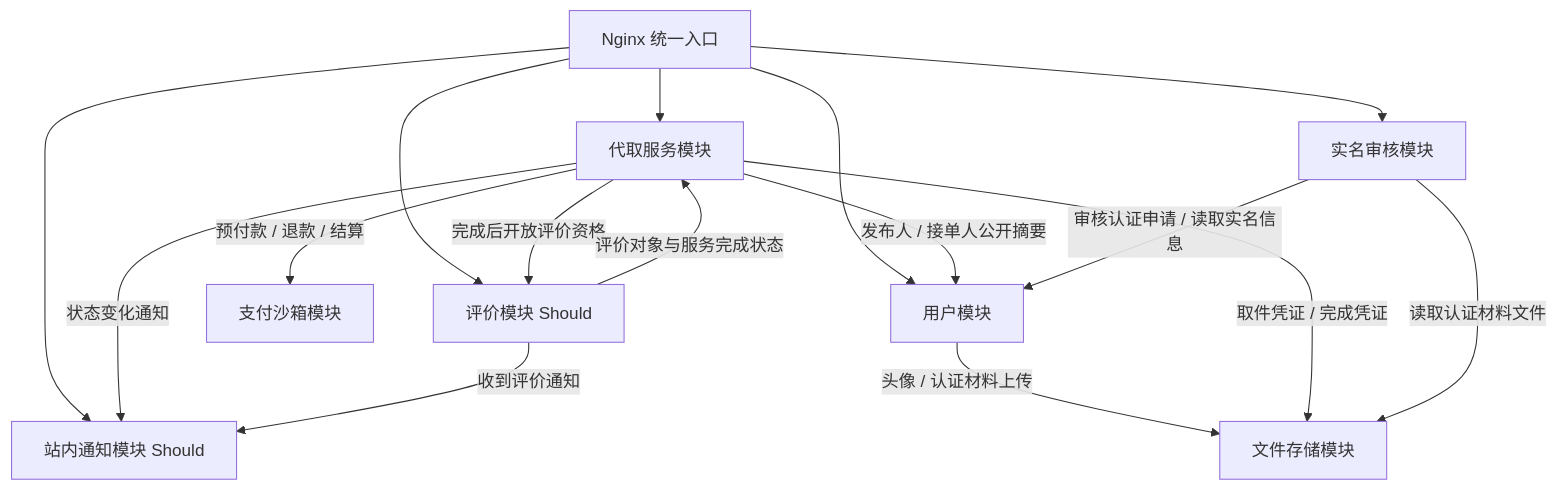
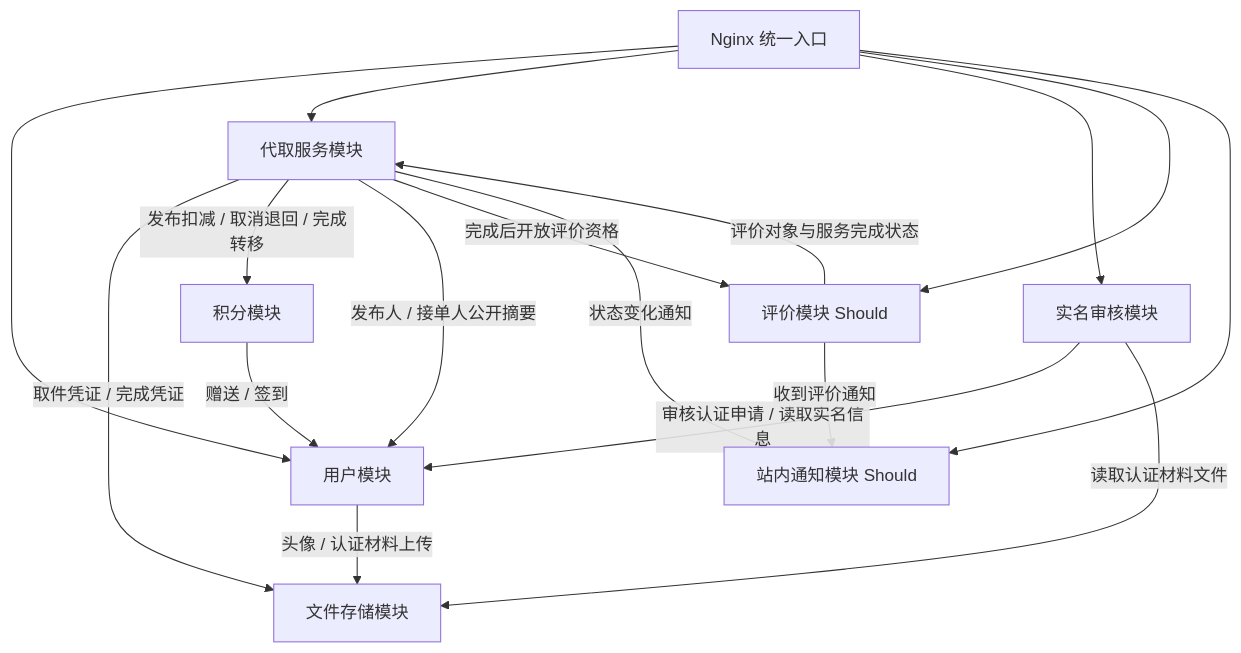
Before and after one commit to true-is-dui/CampusHub: the second of 3 diagrams in docs/P2/architecture_design.md, drawn with Mermaid. The commit also changed other lines of this file and 11 other files, not shown here.

````diff
--- a/docs/P2/architecture_design.md
+++ b/docs/P2/architecture_design.md
@@ -182,19 +180,20 @@
 ```mermaid
 flowchart TD
     Nginx[Nginx 统一入口] --> User[用户模块]
     Nginx --> Pickup[代取服务模块]
     Nginx --> Admin[实名审核模块]
     Nginx --> Rating[评价模块 Should]
     Nginx --> Notice[站内通知模块 Should]
 
     User -->|头像 / 认证材料上传| File[文件存储模块]
     Pickup -->|取件凭证 / 完成凭证| File
-    Pickup -->|预付款 / 退款 / 结算| Payment[支付沙箱模块]
+    Pickup -->|发布扣减 / 取消退回 / 完成转移| Point[积分模块]
     Pickup -->|发布人 / 接单人公开摘要| User
     Pickup -->|完成后开放评价资格| Rating
     Pickup -->|状态变化通知| Notice
     Admin -->|审核认证申请 / 读取实名信息| User
     Admin -->|读取认证材料文件| File
     Rating -->|评价对象与服务完成状态| Pickup
     Rating -->|收到评价通知| Notice
+    Point -->|赠送 / 签到| User
 ```
````
